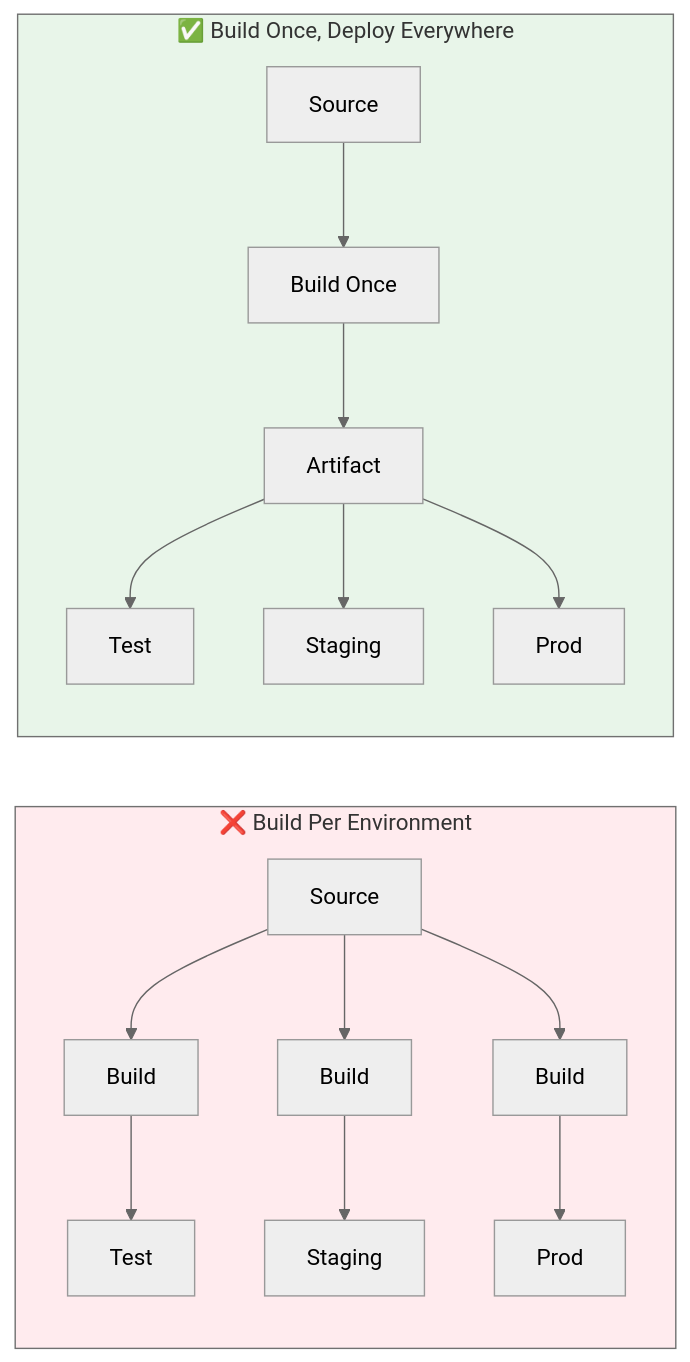
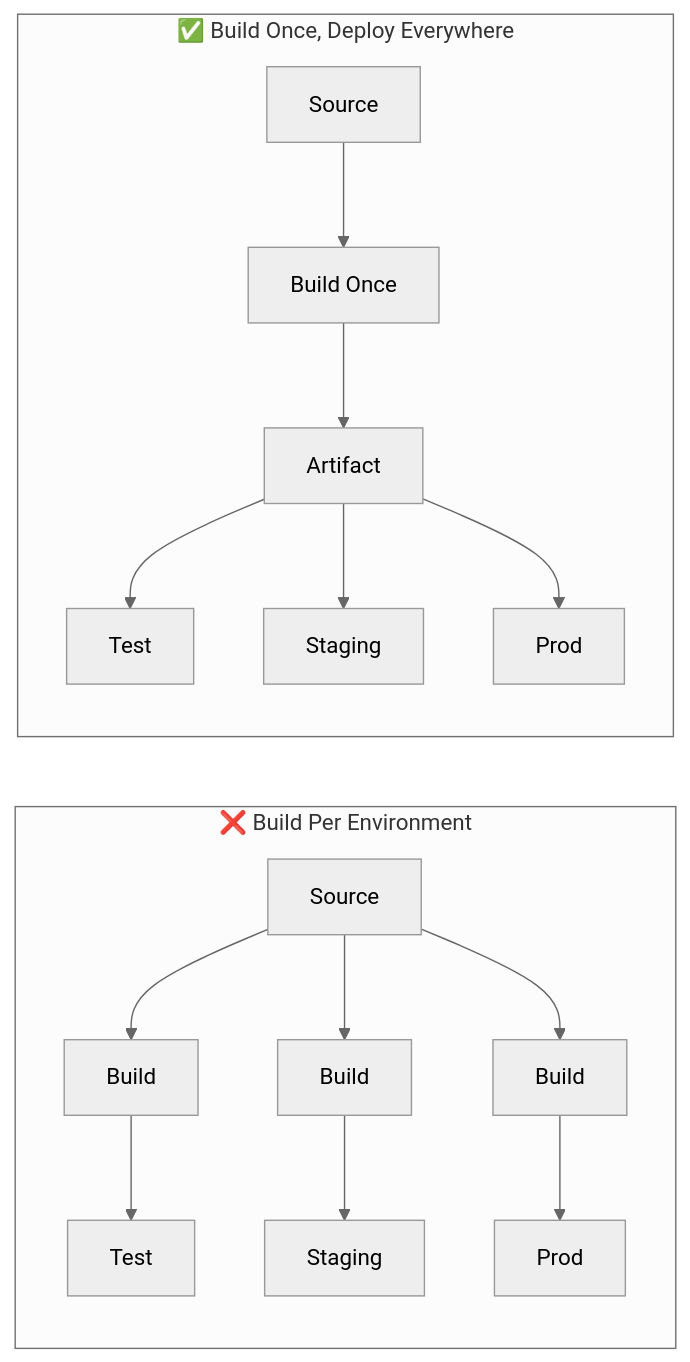
The first of 2 diagrams in docs/cicd/artifact-management.md (shivam-g-mishra/blog), drawn with Mermaid before and after one commit. The commit also changed other lines of this file and 23 other files, not shown here.

First line of the commit message:
fix: improve Mermaid diagram visibility in dark mode

````diff
--- a/docs/cicd/artifact-management.md
+++ b/docs/cicd/artifact-management.md
@@ -118,22 +118,19 @@
 ```mermaid
 %%{init: {'theme': 'neutral'}}%%
 flowchart LR
     subgraph wrong["❌ Build Per Environment"]
         direction TB
         S1[Source] --> B1[Build] --> T1[Test]
         S1 --> B2[Build] --> STG1[Staging]
         S1 --> B3[Build] --> P1[Prod]
     end
     
     subgraph right["✅ Build Once, Deploy Everywhere"]
         direction TB
         S2[Source] --> B4[Build Once]
         B4 --> A1[Artifact]
         A1 --> T2[Test]
         A1 --> STG2[Staging]
         A1 --> P2[Prod]
     end
-    
-    style wrong fill:#ffebee
-    style right fill:#e8f5e9
 ```
````
